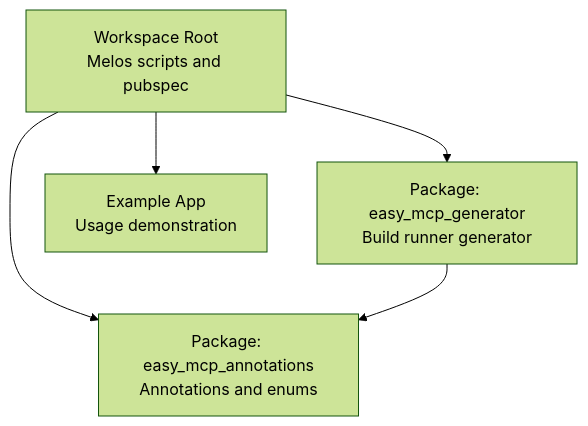
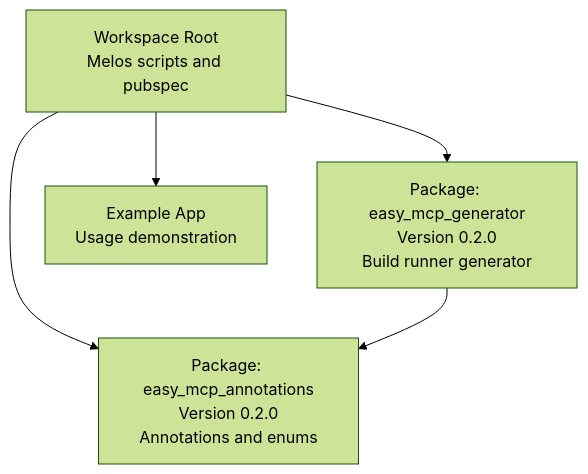
One commit to cdavis-code/easy_mcp_workspace changed the first of 9 diagrams in .qoder/repowiki/en/content/Development Guide.md. Above: the diagram before and after it, drawn with Mermaid (forest theme). The commit also changed other lines of this file and 4 other files, not shown here.

````diff
--- a/.qoder/repowiki/en/content/Development Guide.md
+++ b/.qoder/repowiki/en/content/Development Guide.md
@@ -51,11 +62,11 @@
 ```mermaid
 graph TB
 Root["Workspace Root<br/>Melos scripts and pubspec"]
-Ann["Package: easy_mcp_annotations<br/>Annotations and enums"]
-Gen["Package: easy_mcp_generator<br/>Build runner generator"]
+Ann["Package: easy_mcp_annotations<br/>Version 0.2.0<br/>Annotations and enums"]
+Gen["Package: easy_mcp_generator<br/>Version 0.2.0<br/>Build runner generator"]
 Ex["Example App<br/>Usage demonstration"]
 Root --> Ann
 Root --> Gen
 Root --> Ex
 Gen --> Ann
 ```
````
